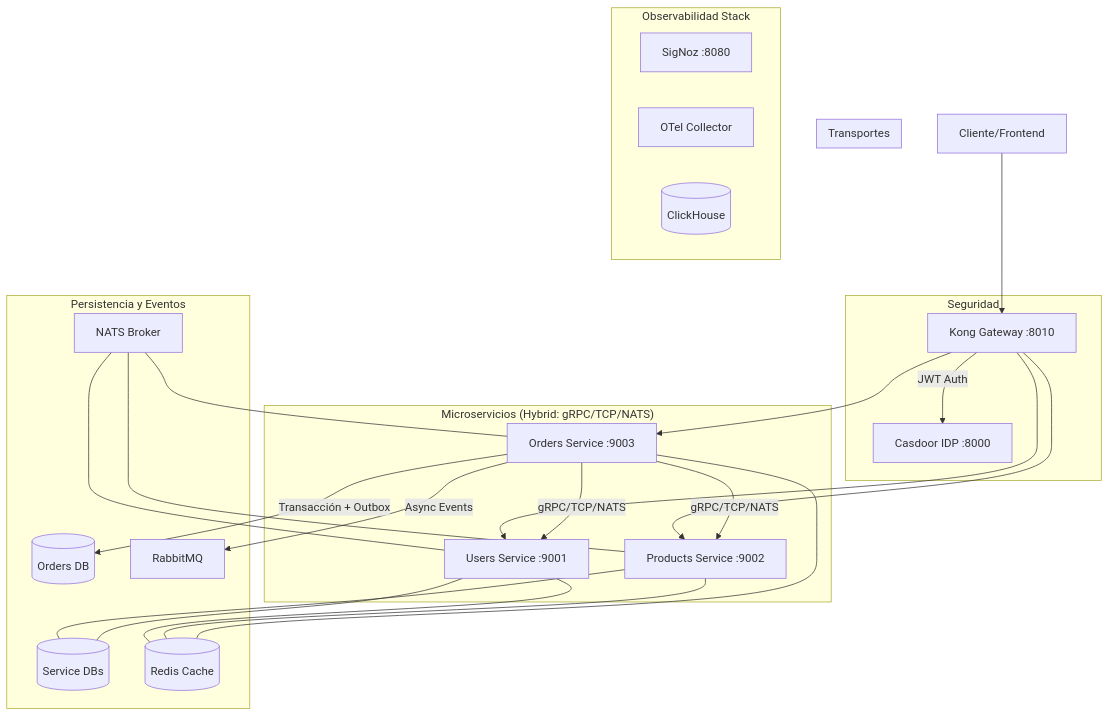
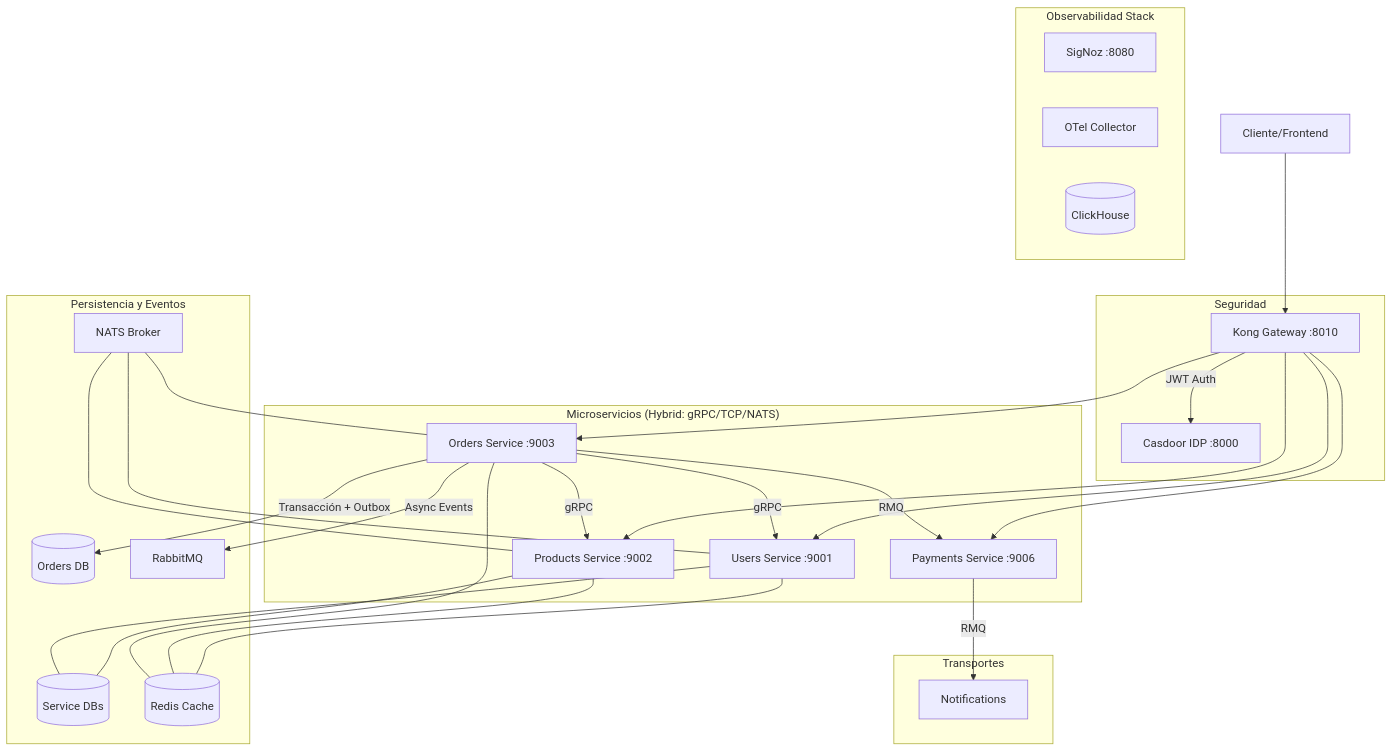
Before and after one commit to bleidertcs/ecommerce-microservices: the diagram in MASTER_GUIDE.md, drawn with Mermaid. The commit also changed other lines of this file and 134 other files, not shown here.

Commit message:
chore: Install project dependencies for the notifications and payments microservices.

````diff
--- a/MASTER_GUIDE.md
+++ b/MASTER_GUIDE.md
@@ -9,33 +9,36 @@
 ```mermaid
 graph TD
     Client[Cliente/Frontend] --> Kong[Kong Gateway :8010]
 
     subgraph "Seguridad"
         Kong --> |JWT Auth| CD[Casdoor IDP :8000]
     end
 
     subgraph "Microservicios (Hybrid: gRPC/TCP/NATS)"
         Kong --> Users[Users Service :9001]
         Kong --> Products[Products Service :9002]
         Kong --> Orders[Orders Service :9003]
+        Kong --> Payments[Payments Service :9006]
     end
 
     subgraph "Transportes"
-        Orders -- "gRPC/TCP/NATS" --> Users
-        Orders -- "gRPC/TCP/NATS" --> Products
+        Orders -- "gRPC" --> Users
+        Orders -- "gRPC" --> Products
+        Orders -- "RMQ" --> Payments
+        Payments -- "RMQ" --> Notifications
     end
 
     subgraph "Persistencia y Eventos"
         Orders -- "Transacción + Outbox" --> DB[(Orders DB)]
         Orders -- "Async Events" --> RMQ[RabbitMQ]
         Products & Users --- PDB[(Service DBs)]
         Users & Products & Orders --- Redis[(Redis Cache)]
         NATS[NATS Broker] --- Users & Products & Orders
     end
 
     subgraph "Observabilidad Stack"
         SigNoz[SigNoz :8080]
         OTelCol[OTel Collector]
         CH[(ClickHouse)]
     end
 ```
````
